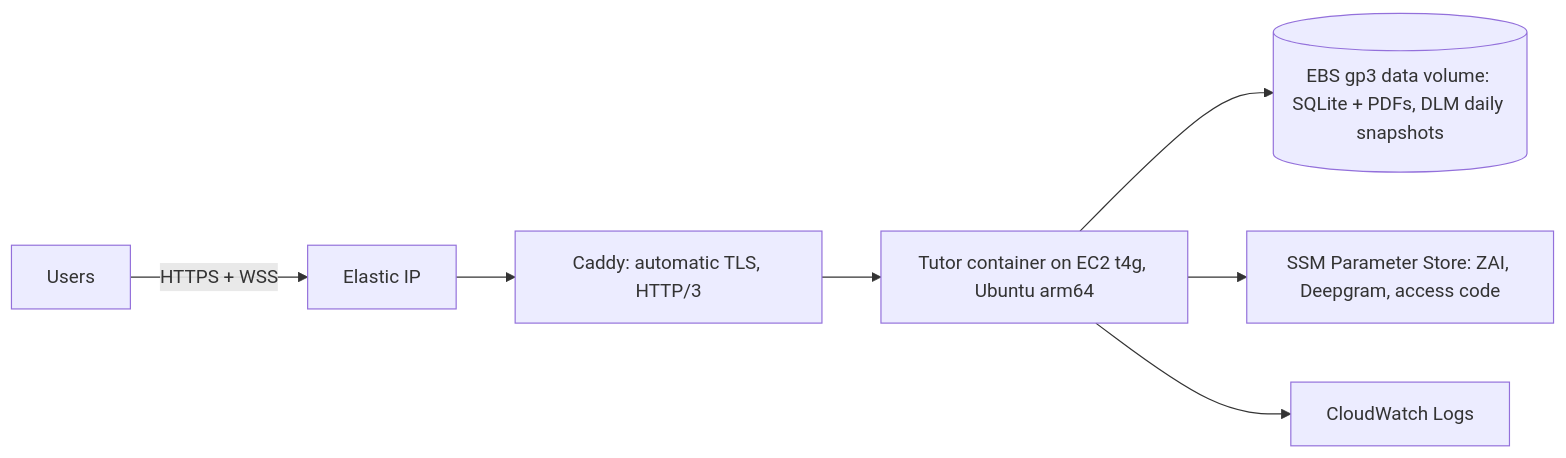
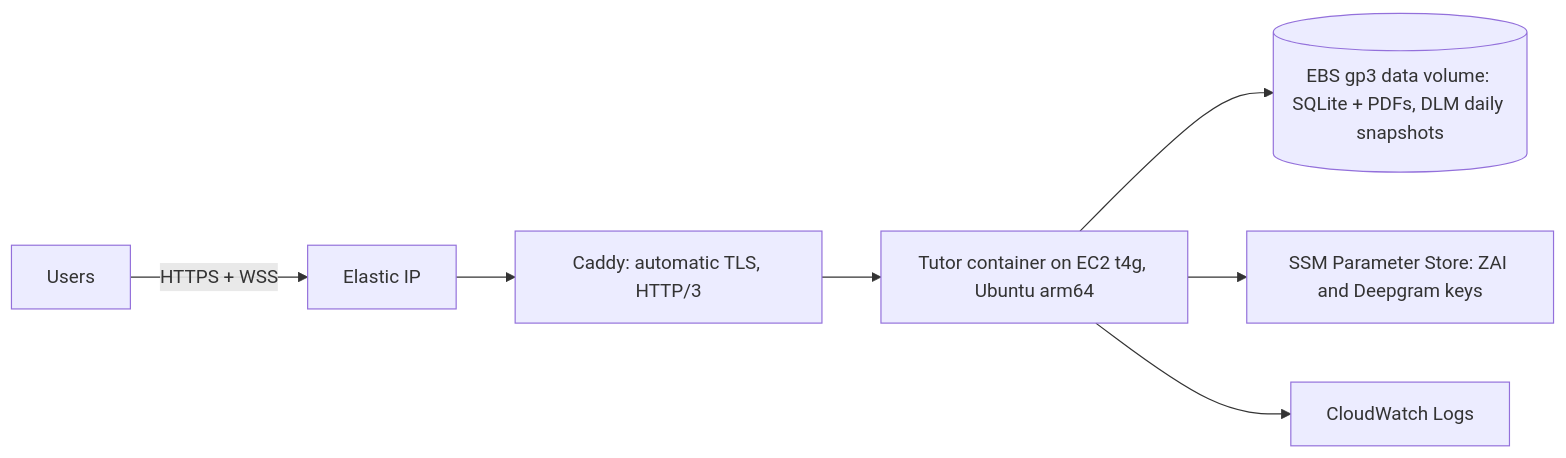
One commit to MohamedFuad16/Tutor-System changed the fifth of 5 diagrams in docs/ARCHITECTURE.md. Above: the diagram before and after it, drawn with Mermaid. The commit also changed other lines of this file and 17 other files, not shown here.

First line of the commit message:
Remove the access code entirely: the site is public

````diff
--- a/docs/ARCHITECTURE.md
+++ b/docs/ARCHITECTURE.md
@@ -327,9 +327,9 @@
 ```mermaid
 flowchart LR
   U[Users] -->|HTTPS + WSS| EIP[Elastic IP]
   EIP --> CADDY[Caddy: automatic TLS, HTTP/3]
   CADDY --> APP[Tutor container on EC2 t4g, Ubuntu arm64]
   APP --> EBS[(EBS gp3 data volume: SQLite + PDFs, DLM daily snapshots)]
-  APP --> SSM[SSM Parameter Store: ZAI, Deepgram, access code]
+  APP --> SSM[SSM Parameter Store: ZAI and Deepgram keys]
   APP --> CW[CloudWatch Logs]
 ```
````
